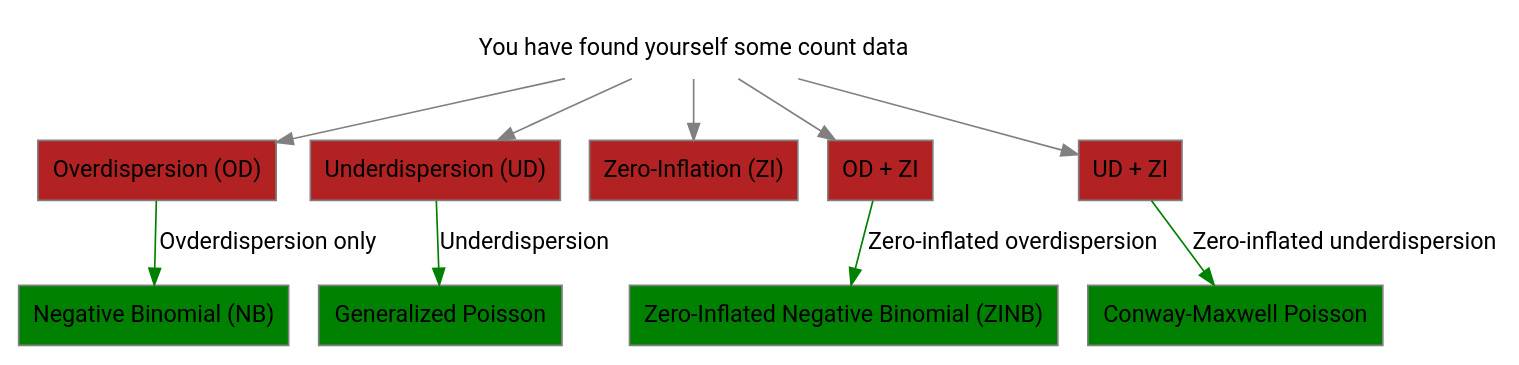
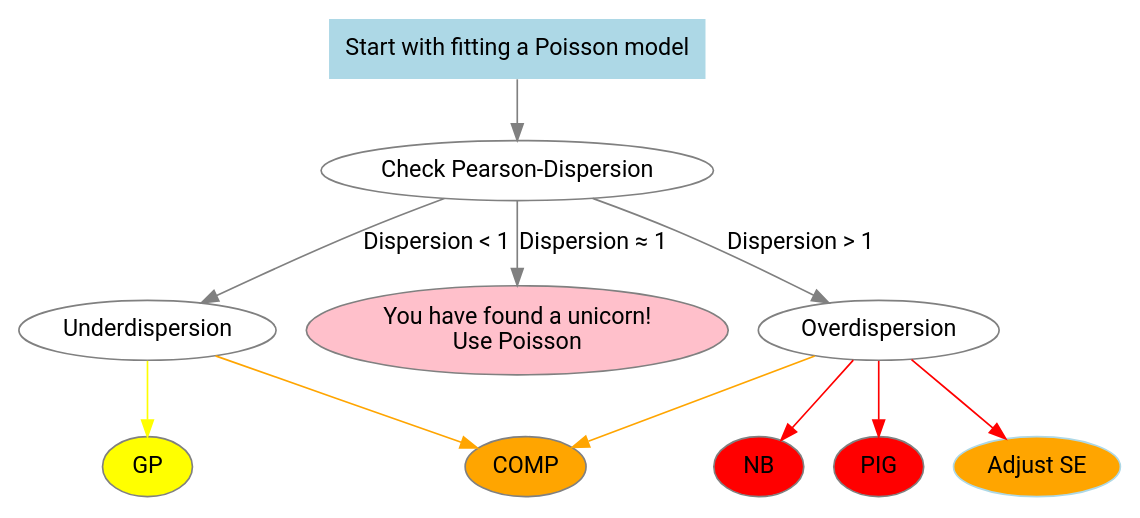
Before and after one commit to jemus42/poisson-regression: the diagram in graphs/decision-guide.dot, drawn with Graphviz. The commit also changed 8 other files, not shown here.

```diff
--- a/graphs/decision-guide.dot
+++ b/graphs/decision-guide.dot
@@ -1,44 +1,52 @@
 digraph decisiontree {
 
 graph [layout = dot]
 
 ################################
 #### Global node attributes ####
 ################################
-node [shape = rectangle,
+node [shape = oval,
       style = filled,
       color = grey,
       fontname = "Roboto"]
 edge [fontname = "Roboto"]
 
 node [fillcolor = white]
-start [label = "You have found yourself some count data",
-       shape = plaintext]
+start [label = "Start with fitting a Poisson model",
+       shape = plaintext,
+       fillcolor = "lightblue"]
 
 ################################
 #### First step             ####
 ################################
-node [fillcolor = firebrick]
-od [label = "Overdispersion (OD)"]
-ud [label = "Underdispersion (UD)"]
-zi [label = "Zero-Inflation (ZI)"]
-odzi [label = "OD + ZI"]
-udzi [label = "UD + ZI"]
+node [fillcolor = white]
+checkdisp [label = "Check Pearson-Dispersion"]
+
+ud [label = "Underdispersion"]
+unicorn [label = "You have found a unicorn!\nUse Poisson", fillcolor = pink]
+od [label = "Overdispersion"]
 
 node [fillcolor = orange]
 
 edge [color = grey]
-start -> {od ud zi odzi udzi}
+start -> checkdisp [label = ""]
+checkdisp -> ud [label = "Dispersion < 1"]
+checkdisp -> unicorn [label = "Dispersion ≈ 1"]
+checkdisp -> od [label = "Dispersion > 1"]
+#unicorn -> start [label = "Use actual Poisson regression"]
 
-node [fillcolor = green]
-nbin [label = "Negative Binomial (NB)"]
-znbin [label = "Zero-Inflated Negative Binomial (ZINB)"]
-gpois [label = "Generalized Poisson"]
-cmp [label = "Conway-Maxwell Poisson"]
+node []
+se_adjust [label = "Adjust SE", color = lightblue]
+nbin [label = "NB", fillcolor = red]
+pig [label = "PIG", fillcolor = red]
+cmp [label = "COMP", fillcolor = orange]
+gpois [label = "GP", fillcolor = yellow]
 
-edge [color = green]
-od -> nbin [label = "Ovderdispersion only"]
-ud -> gpois [label = "Underdispersion"]
-odzi -> znbin [label = "Zero-inflated overdispersion"]
-udzi -> cmp [label = "Zero-inflated underdispersion"]
+edge [color = red]
+od -> {nbin pig se_adjust}
+edge [color = yellow]
+ud -> gpois
+edge [color = orange]
+od, ud -> cmp
+
 }
```
